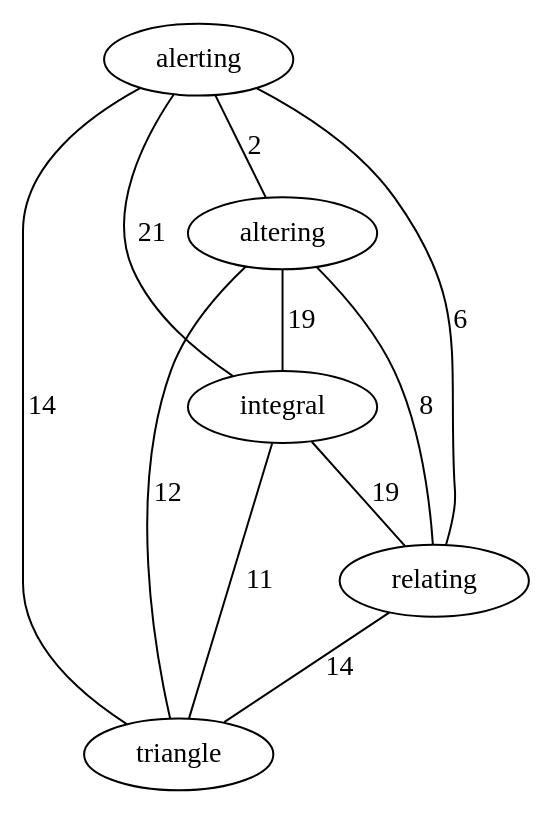
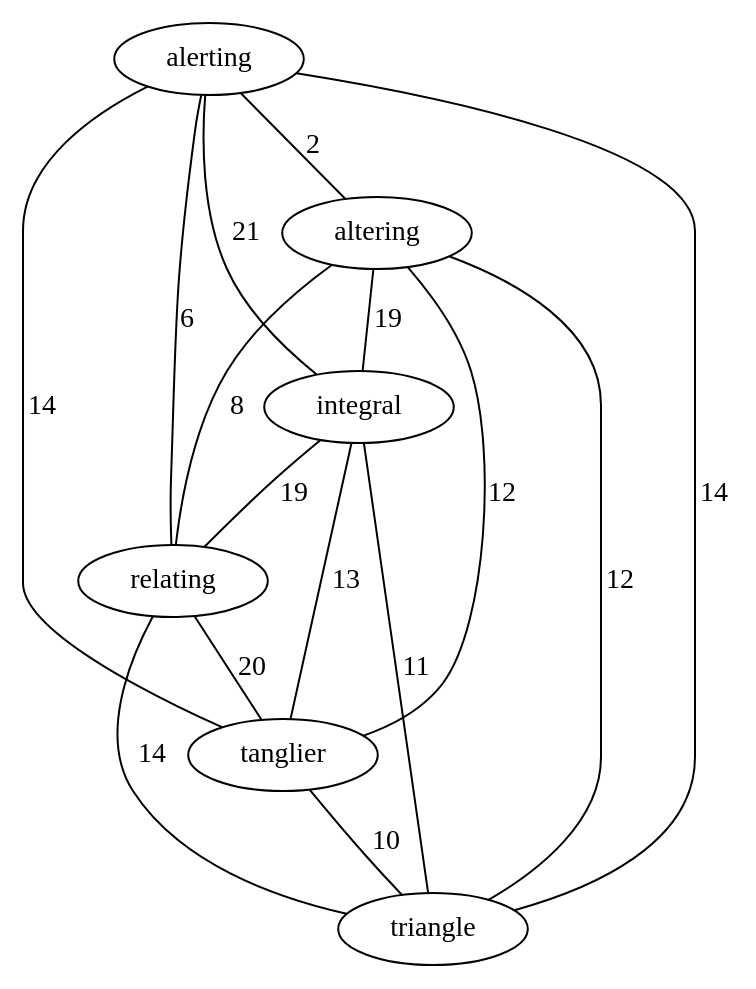
Before and after one commit to increpare/Galaktisches_Etymologieforschungsinstitut: the diagram in output/dot/alerting.dot, drawn with Graphviz. The commit also changed 78 other files, not shown here.

```diff
--- a/output/dot/alerting.dot
+++ b/output/dot/alerting.dot
@@ -1,12 +1,17 @@
 graph {
 	alerting -- altering [ label="2" ];
 	alerting -- integral [ label="21" ];
 	alerting -- relating [ label="6" ];
+	alerting -- tanglier [ label="14" ];
 	alerting -- triangle [ label="14" ];
 	altering -- integral [ label="19" ];
 	altering -- relating [ label="8" ];
+	altering -- tanglier [ label="12" ];
 	altering -- triangle [ label="12" ];
 	integral -- relating [ label="19" ];
+	integral -- tanglier [ label="13" ];
 	integral -- triangle [ label="11" ];
+	relating -- tanglier [ label="20" ];
 	relating -- triangle [ label="14" ];
+	tanglier -- triangle [ label="10" ];
 }
```
